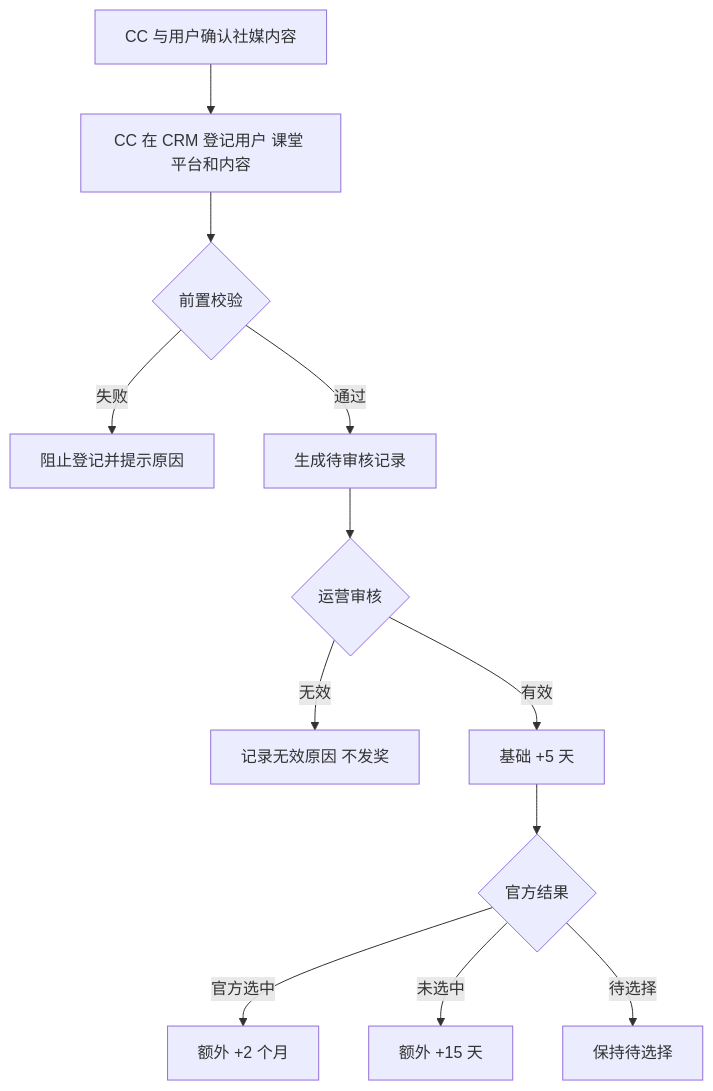
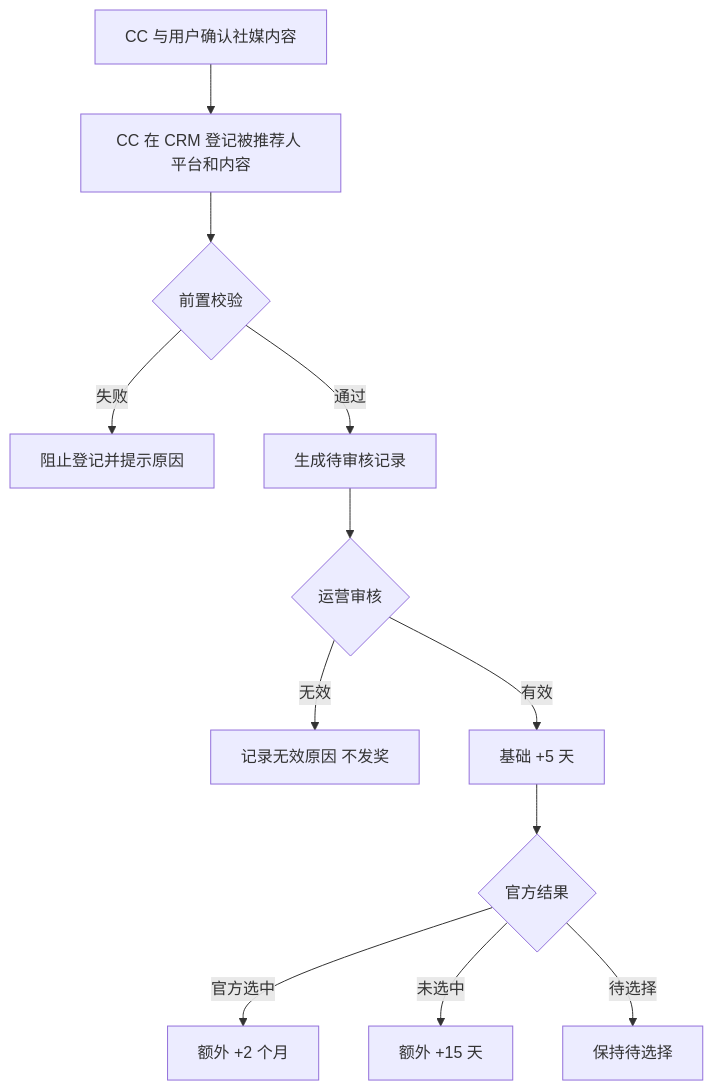
The second of 2 diagrams in projects/referral-growth-mvp/prd/PRD.md (h3-ai-lab/hhhprd), drawn with Mermaid before and after one commit. The commit also changed other lines of this file and 9 other files, not shown here.

````diff
--- a/projects/referral-growth-mvp/prd/PRD.md
+++ b/projects/referral-growth-mvp/prd/PRD.md
@@ -82,14 +82,14 @@
 ```mermaid
 flowchart TD
-    S1[CC 与用户确认社媒内容] --> S2[CC 在 CRM 登记用户 课堂 平台和内容]
+    S1[CC 与用户确认社媒内容] --> S2[CC 在 CRM 登记被推荐人 平台和内容]
     S2 --> S3{前置校验}
     S3 -->|失败| S4[阻止登记并提示原因]
     S3 -->|通过| S5[生成待审核记录]
     S5 --> S6{运营审核}
     S6 -->|无效| S7[记录无效原因 不发奖]
     S6 -->|有效| S8[基础 +5 天]
     S8 --> S9{官方结果}
     S9 -->|官方选中| S10[额外 +2 个月]
     S9 -->|未选中| S11[额外 +15 天]
     S9 -->|待选择| S12[保持待选择]
 ```
````
